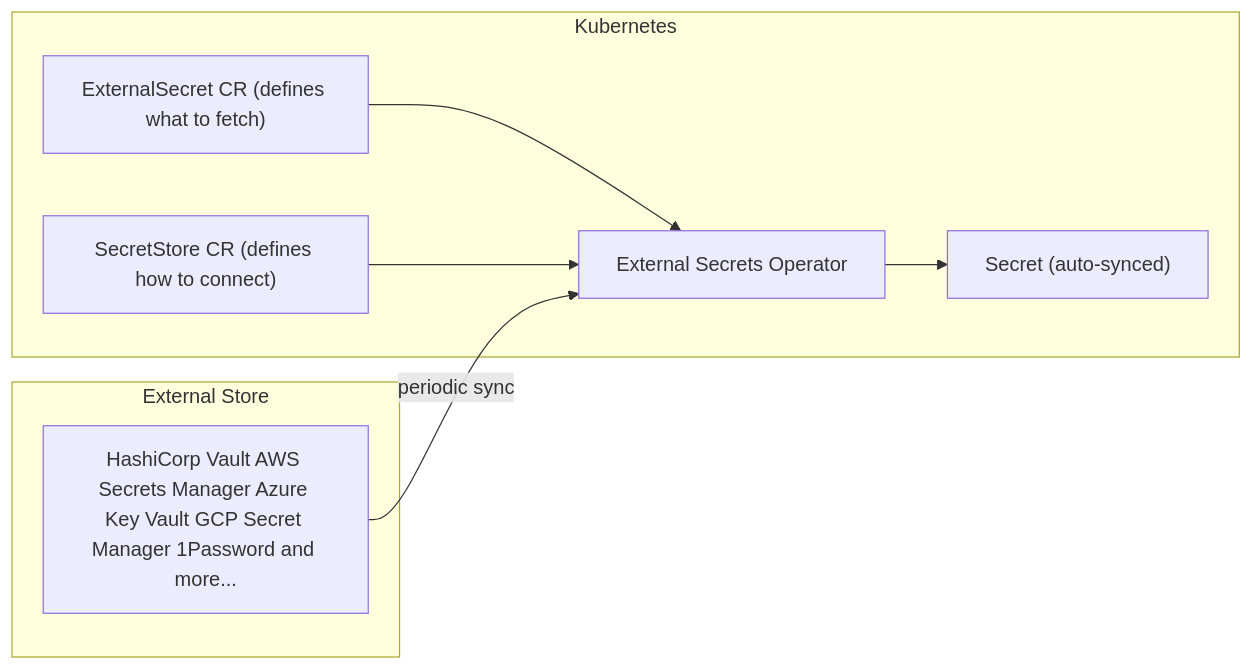
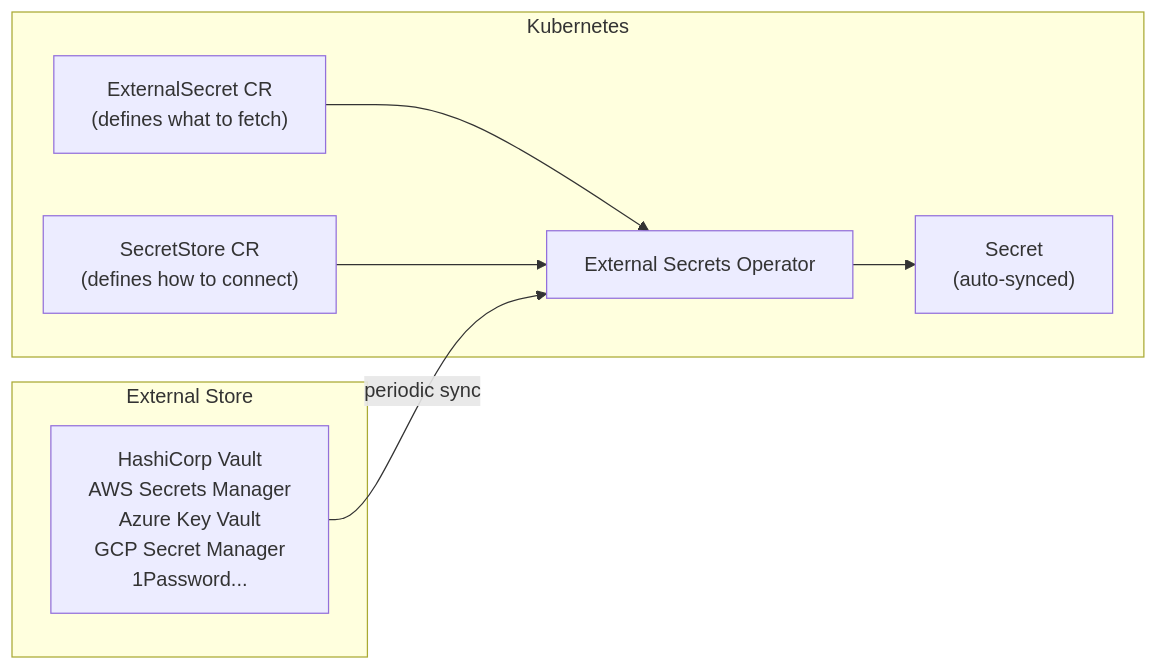
One commit to UncleJS/course_k3s changed the sixth of 7 diagrams in 09_security/04_secrets_management.md. Above: the diagram before and after it, drawn with Mermaid. The commit also changed other lines of this file and 45 other files, not shown here.

First line of the commit message:
Expand all course lessons: Mermaid diagrams + rich prose across 43 files

````diff
--- a/09_security/04_secrets_management.md
+++ b/09_security/04_secrets_management.md
@@ -389,19 +423,19 @@
 ```mermaid
 flowchart LR
     subgraph "External Store"
-        VAULT[HashiCorp Vault AWS Secrets Manager Azure Key Vault GCP Secret Manager 1Password and more...]
+        VAULT["HashiCorp Vault<br/>AWS Secrets Manager<br/>Azure Key Vault<br/>GCP Secret Manager<br/>1Password..."]
     end
 
     subgraph "Kubernetes"
-        ESO[External Secrets Operator]
-        ES["ExternalSecret CR (defines what to fetch)"]
-        SS["SecretStore CR (defines how to connect)"]
-        SECRET["Secret (auto-synced)"]
+        ESO["External Secrets Operator"]
+        ES["ExternalSecret CR<br/>(defines what to fetch)"]
+        SS["SecretStore CR<br/>(defines how to connect)"]
+        SECRET["Secret<br/>(auto-synced)"]
 
         ES --> ESO
         SS --> ESO
         ESO --> SECRET
     end
 
-    VAULT -->|periodic sync| ESO
+    VAULT -->|"periodic sync"| ESO
 ```
````
